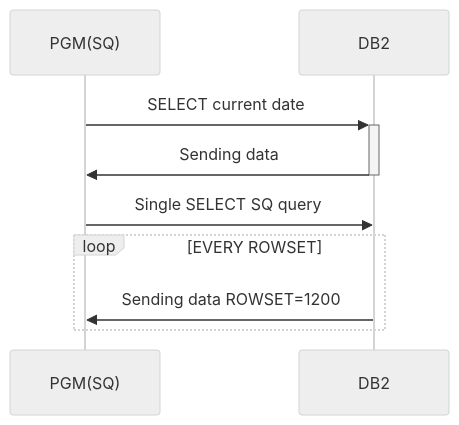
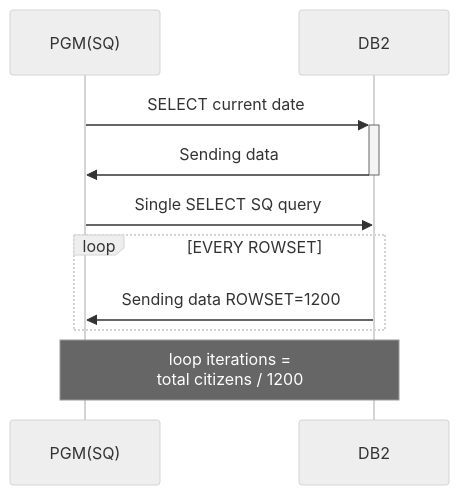
Before and after one commit to pak-center/ncitizen: the first of 2 diagrams in README.md, drawn with Mermaid (neutral theme).

````diff
--- a/README.md
+++ b/README.md
@@ -59,9 +59,10 @@
 ```mermaid
 sequenceDiagram
     PGM(SQ)->>+DB2: SELECT current date
     DB2->>-PGM(SQ): Sending data
     PGM(SQ)->>DB2: Single SELECT SQ query
     loop EVERY ROWSET
         DB2->>PGM(SQ): Sending data ROWSET=1200
     end
+    Note over PGM(SQ),DB2:loop iterations = <br/> total citizens / 1200
 ```
````
